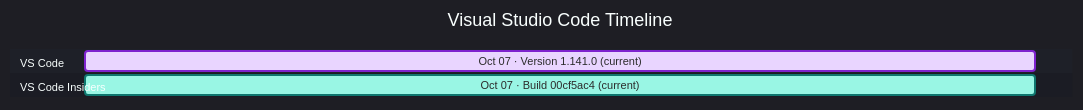
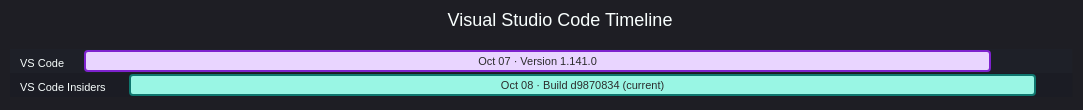
Before and after one commit to Oxelya-DevTools/VisualStudioUpdate: the diagram in docs/vscode.md, drawn with Mermaid. The commit also changed other lines of this file and 1 other file, not shown here.

Commit message:
Update generated release feeds

````diff
--- a/docs/vscode.md
+++ b/docs/vscode.md
@@ -9,12 +9,12 @@
 ```mermaid
 %%{init: {'theme':'dark','themeVariables': { 'fontFamily': 'Segoe UI', 'fontSize': '24px', 'textColor': '#F3F4F6', 'titleTextColor': '#FFFFFF', 'taskTextColor': '#111827', 'taskTextLightColor': '#111827', 'taskTextOutsideColor': '#F3F4F6', 'taskBkgColor': '#BAE6FD', 'taskBorderColor': '#0369A1', 'doneTaskBkgColor': '#E9D5FF', 'doneTaskBorderColor': '#7E22CE', 'activeTaskBkgColor': '#99F6E4', 'activeTaskBorderColor': '#0F766E', 'critTaskBkgColor': '#FED7AA', 'critTaskBorderColor': '#C2410C', 'sectionBkgColor': '#1F2937', 'altSectionBkgColor': '#111827', 'gridColor': '#4B5563', 'todayLineColor': '#F87171' }}}%%
 gantt
     title Visual Studio Code Timeline
     dateFormat  YYYY-MM-DD
     axisFormat  %b
     tickInterval 1month
     section VS Code
-    Oct 07 · Version 1.141.0 (current) : done, vscode202610070, 2026-10-07, 20d
+    Oct 07 · Version 1.141.0 : done, vscode202610070, 2026-10-07, 20d
     section VS Code Insiders
-    Oct 07 · Build 00cf5ac4 (current) : active, vscodeinsiders202610070, 2026-10-07, 20d
+    Oct 08 · Build d9870834 (current) : active, vscodeinsiders202610080, 2026-10-08, 20d
 ```
````
